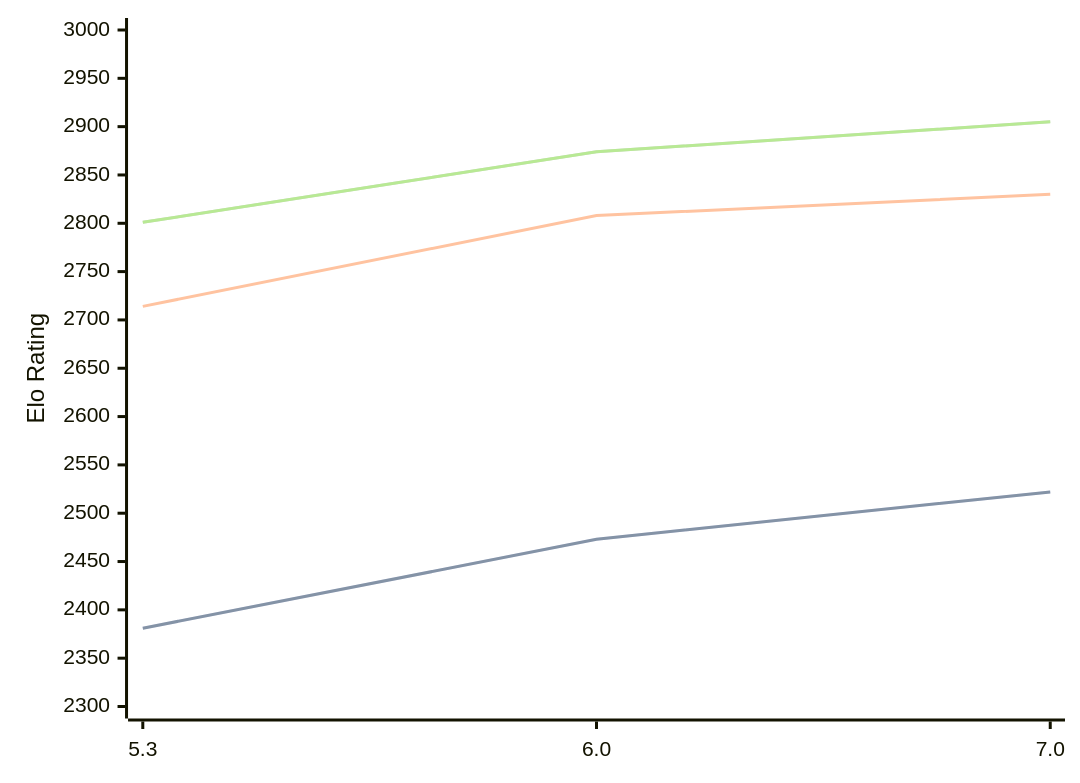
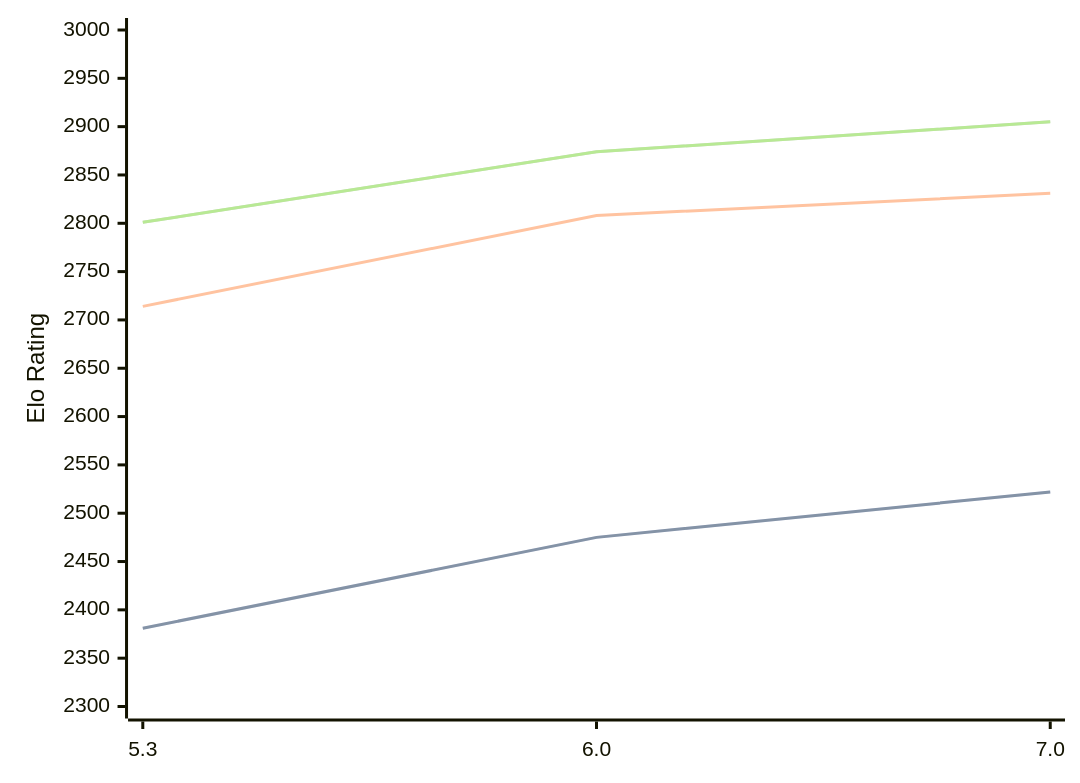
The diagram in engines/tomitankChess.md (computer-chess-index/cci), drawn with Mermaid before and after one commit. The commit also changed other lines of this file, not shown here.

````diff
--- a/engines/tomitankChess.md
+++ b/engines/tomitankChess.md
@@ -33,11 +33,11 @@
 ```mermaid
 %%{init: {"theme":"base","themeVariables":{"seriesColors:['#a3a3a3','#222221','#faa371']}}}%%
 xychart-beta
   x-axis ["5.3", "6.0", "7.0"]
   y-axis "Elo Rating" 2300 --> 3000
-  line "STC (8.0+0.08s)" [2381, 2473, 2522]
-  line "STC (8.0+0.08s)" [2381, 2473, 2522]
-  line "LTC (60.0+0.60s)" [2714, 2808, 2830]
+  line "STC (8.0+0.08s)" [2381, 2475, 2522]
+  line "STC (8.0+0.08s)" [2381, 2475, 2522]
+  line "LTC (60.0+0.60s)" [2714, 2808, 2831]
   line "VLTC (2m24s+1.12s)" [2801, 2874, 2905]
   line "VLTC (2m24s+1.12s)" [2801, 2874, 2905]
 ```
````
